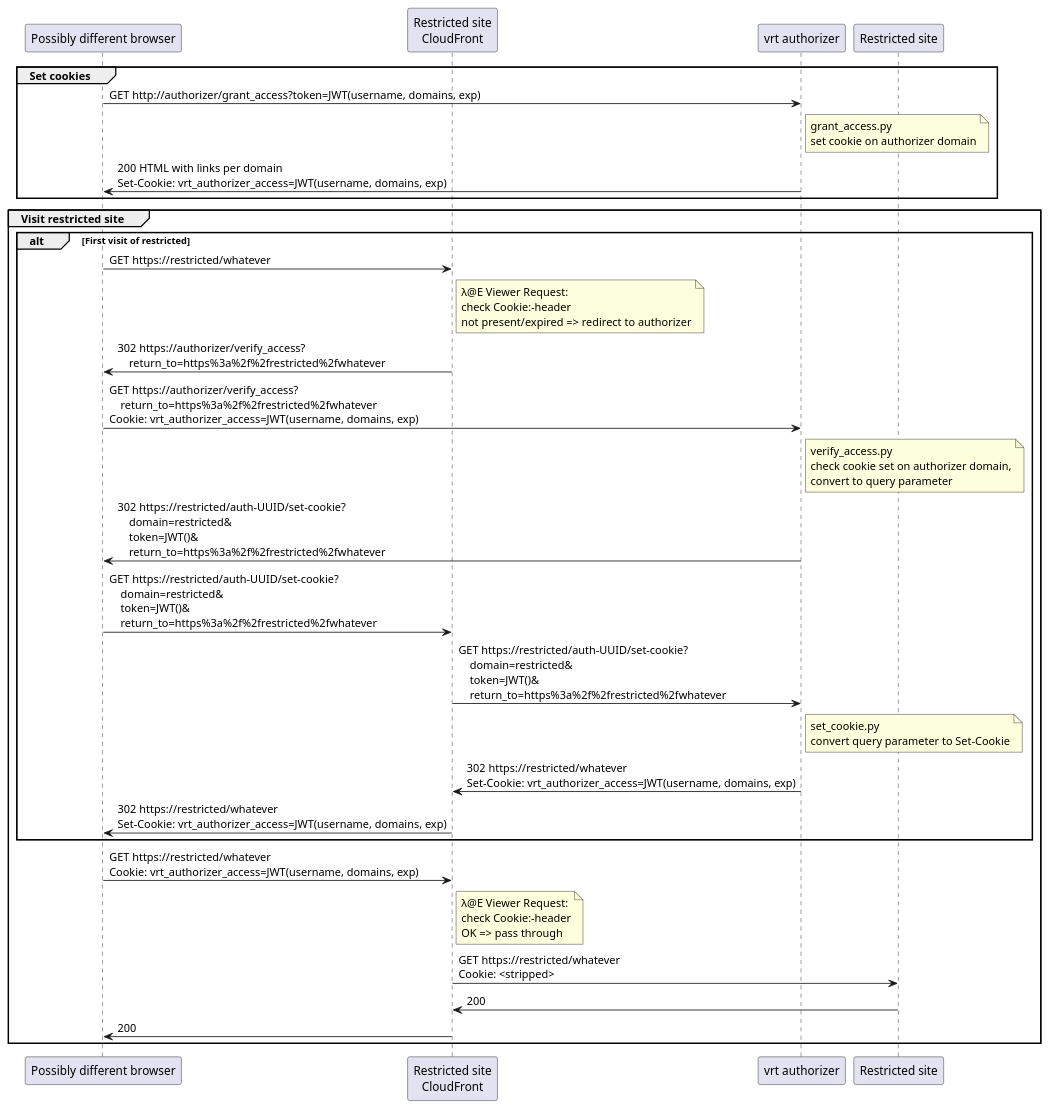
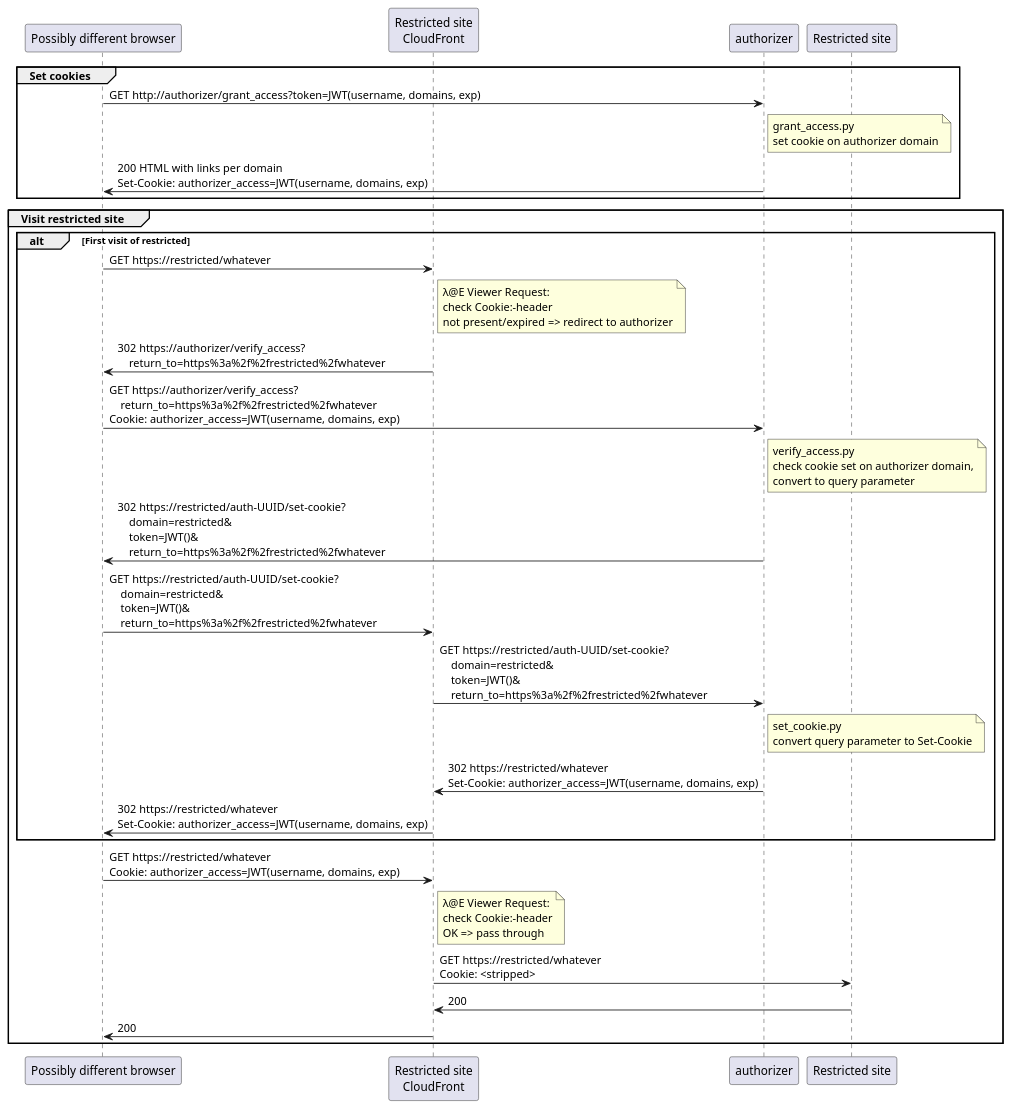
One commit to vrtdev/aws-cloudfront-authorizer changed the diagram in doc/use_access.plantuml. Above: the diagram before and after it, drawn with PlantUML. The commit also changed 2 other files, not shown here.

Commit message:
Remove VRT references

```diff
--- a/doc/use_access.plantuml
+++ b/doc/use_access.plantuml
@@ -1,42 +1,42 @@
 @startuml
 
 participant "Possibly different browser" as browser
 participant "Restricted site\nCloudFront" as stagcf
-participant "vrt authorizer" as auth
+participant "authorizer" as auth
 participant "Restricted site" as stagorigin
 
 group Set cookies
 
 browser -> auth: GET http://authorizer/grant_access?token=JWT(username, domains, exp)
 note right of auth: grant_access.py\nset cookie on authorizer domain
-browser <- auth: 200 HTML with links per domain\nSet-Cookie: vrt_authorizer_access=JWT(username, domains, exp)
+browser <- auth: 200 HTML with links per domain\nSet-Cookie: authorizer_access=JWT(username, domains, exp)
 
 end
 
 group Visit restricted site
 
 alt First visit of restricted
 browser -> stagcf: GET https://restricted/whatever
 note right of stagcf: λ@E Viewer Request:\ncheck Cookie:-header\nnot present/expired => redirect to authorizer
 browser <- stagcf: 302 https://authorizer/verify_access?\n    return_to=https%3a%2f%2frestricted%2fwhatever
 
-browser -> auth: GET https://authorizer/verify_access?\n    return_to=https%3a%2f%2frestricted%2fwhatever\nCookie: vrt_authorizer_access=JWT(username, domains, exp)
+browser -> auth: GET https://authorizer/verify_access?\n    return_to=https%3a%2f%2frestricted%2fwhatever\nCookie: authorizer_access=JWT(username, domains, exp)
 note right of auth: verify_access.py\ncheck cookie set on authorizer domain,\nconvert to query parameter
 browser <- auth: 302 https://restricted/auth-UUID/set-cookie?\n    domain=restricted&\n    token=JWT()&\n    return_to=https%3a%2f%2frestricted%2fwhatever
 
 browser -> stagcf: GET https://restricted/auth-UUID/set-cookie?\n    domain=restricted&\n    token=JWT()&\n    return_to=https%3a%2f%2frestricted%2fwhatever
 stagcf -> auth: GET https://restricted/auth-UUID/set-cookie?\n    domain=restricted&\n    token=JWT()&\n    return_to=https%3a%2f%2frestricted%2fwhatever
 note right of auth: set_cookie.py\nconvert query parameter to Set-Cookie
-stagcf <- auth: 302 https://restricted/whatever\nSet-Cookie: vrt_authorizer_access=JWT(username, domains, exp)
-browser <- stagcf: 302 https://restricted/whatever\nSet-Cookie: vrt_authorizer_access=JWT(username, domains, exp)
+stagcf <- auth: 302 https://restricted/whatever\nSet-Cookie: authorizer_access=JWT(username, domains, exp)
+browser <- stagcf: 302 https://restricted/whatever\nSet-Cookie: authorizer_access=JWT(username, domains, exp)
 end
 
-browser -> stagcf: GET https://restricted/whatever\nCookie: vrt_authorizer_access=JWT(username, domains, exp)
+browser -> stagcf: GET https://restricted/whatever\nCookie: authorizer_access=JWT(username, domains, exp)
 note right of stagcf: λ@E Viewer Request:\ncheck Cookie:-header\nOK => pass through
 stagcf -> stagorigin:  GET https://restricted/whatever\nCookie: <stripped>
 stagcf <- stagorigin: 200
 browser <- stagcf: 200
 
 end
 
 @enduml
```
